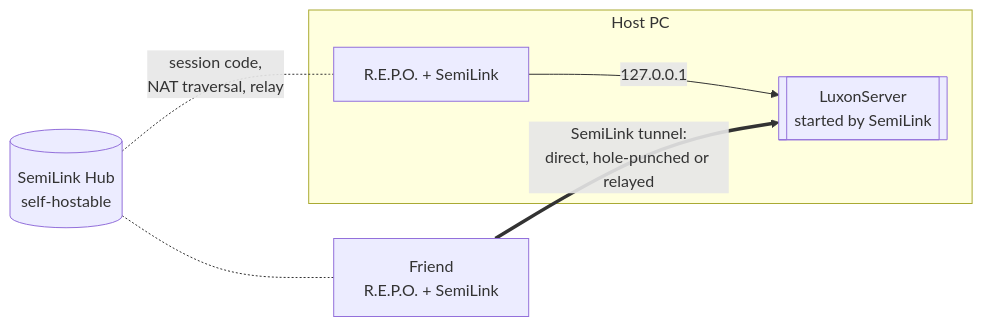
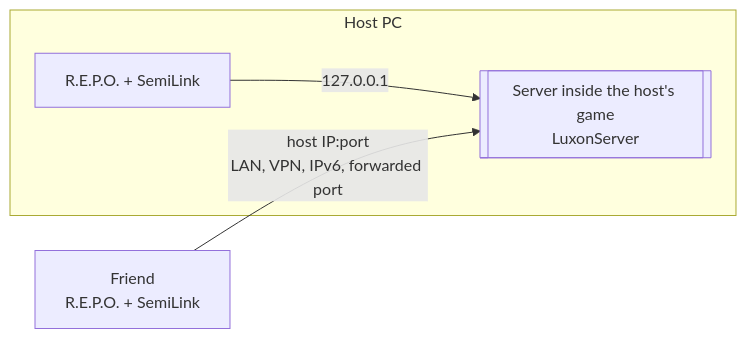
The second of 4 diagrams in docs/architecture.md (haulnet/haulnet-repo), drawn with Mermaid before and after one commit. The commit also changed other lines of this file and 15 other files, not shown here.

````diff
--- a/docs/architecture.md
+++ b/docs/architecture.md
@@ -18,11 +18,9 @@
 ```mermaid
 flowchart LR
     subgraph host[Host PC]
         GA[R.E.P.O. + SemiLink]
-        S[[LuxonServer<br/>started by SemiLink]]
+        S[[Server inside the host's game<br/>LuxonServer]]
         GA -- 127.0.0.1 --> S
     end
-    GB[Friend<br/>R.E.P.O. + SemiLink] == "SemiLink tunnel:<br/>direct, hole-punched or relayed" ==> S
-    HUB[(SemiLink Hub<br/>self-hostable)] -. session code,<br/>NAT traversal, relay .- GA
-    HUB -.- GB
+    GB[Friend<br/>R.E.P.O. + SemiLink] -- "host IP:port<br/>LAN, VPN, IPv6, forwarded port" --> S
 ```
````
